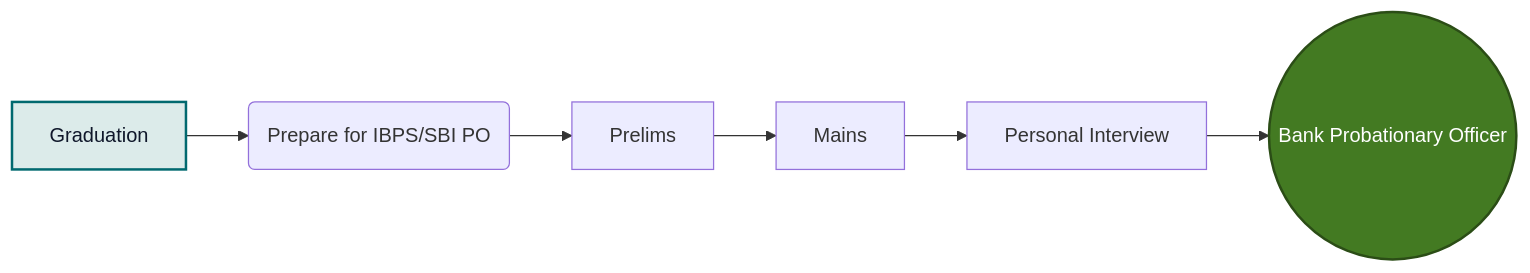
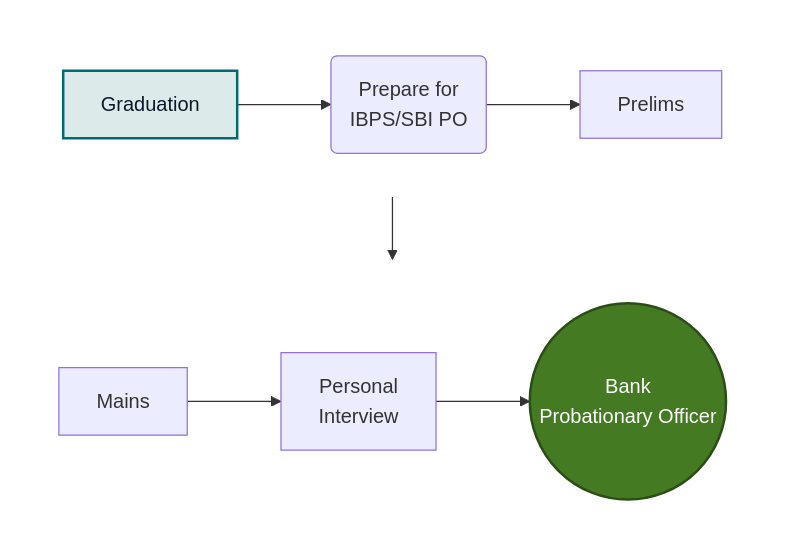
The third of 3 diagrams in curriculum-app/src/content/lessons/ug/bcom/sem5/week17.md (the-career-breweries/tcb-soft-skills), drawn with Mermaid before and after one commit. The commit also changed other lines of this file, not shown here.

Commit message:
style: split long roadmaps into two horizontal lines and add linebreaks to labels to improve magnification during printing

````diff
--- a/curriculum-app/src/content/lessons/ug/bcom/sem5/week17.md
+++ b/curriculum-app/src/content/lessons/ug/bcom/sem5/week17.md
@@ -71,11 +81,21 @@
 ```mermaid
-flowchart LR
-    A[Graduation] --> B(Prepare for IBPS/SBI PO)
-    B --> C[Prelims]
-    C --> D[Mains]
-    D --> E[Personal Interview]
-    E --> F((Bank Probationary Officer))
+flowchart TB
+    subgraph Row1 [" "]
+        direction LR
+        A[Graduation] --> B(Prepare for<br/>IBPS/SBI PO)
+        B --> C[Prelims]
+    end
     
+    subgraph Row2 [" "]
+        direction LR
+        D[Mains] --> E[Personal<br/>Interview]
+        E --> F((Bank<br/>Probationary Officer))
+    end
+    
+    C --> D
+    
+    style Row1 fill:none,stroke:none,color:none
+    style Row2 fill:none,stroke:none,color:none
     style A fill:#dcebea,stroke:#01696f,stroke-width:2px,color:#0f172a
     style F fill:#437a22,stroke:#2b4d16,stroke-width:2px,color:#fff
 ```
````
